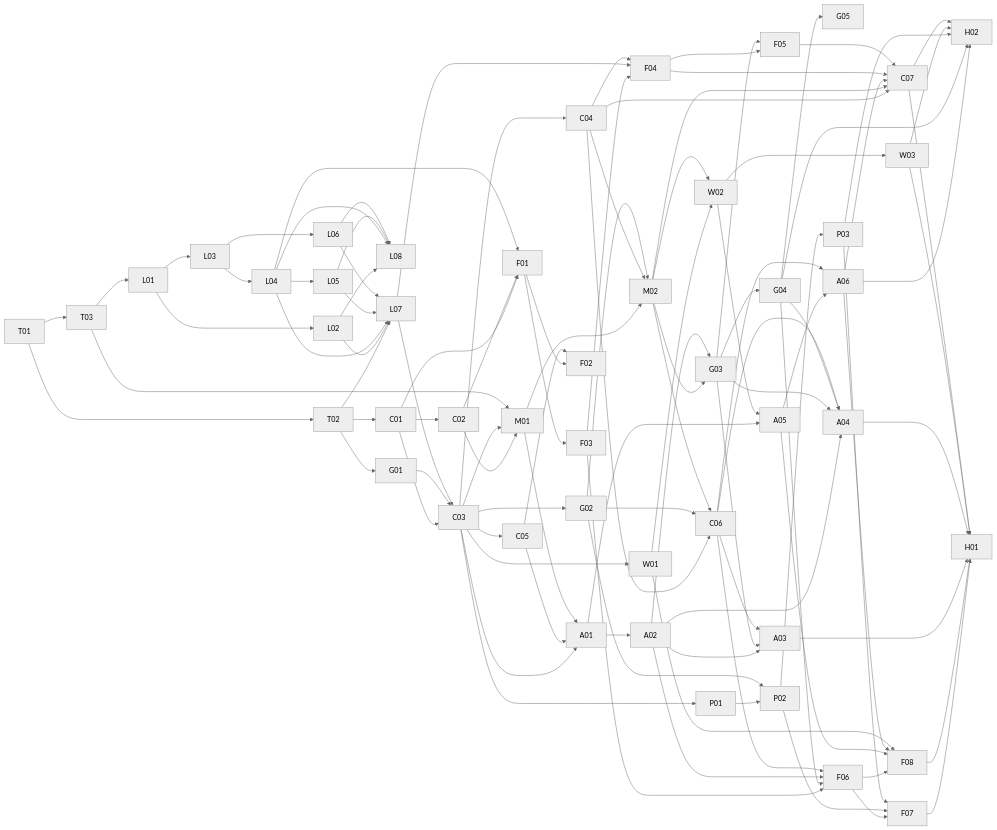
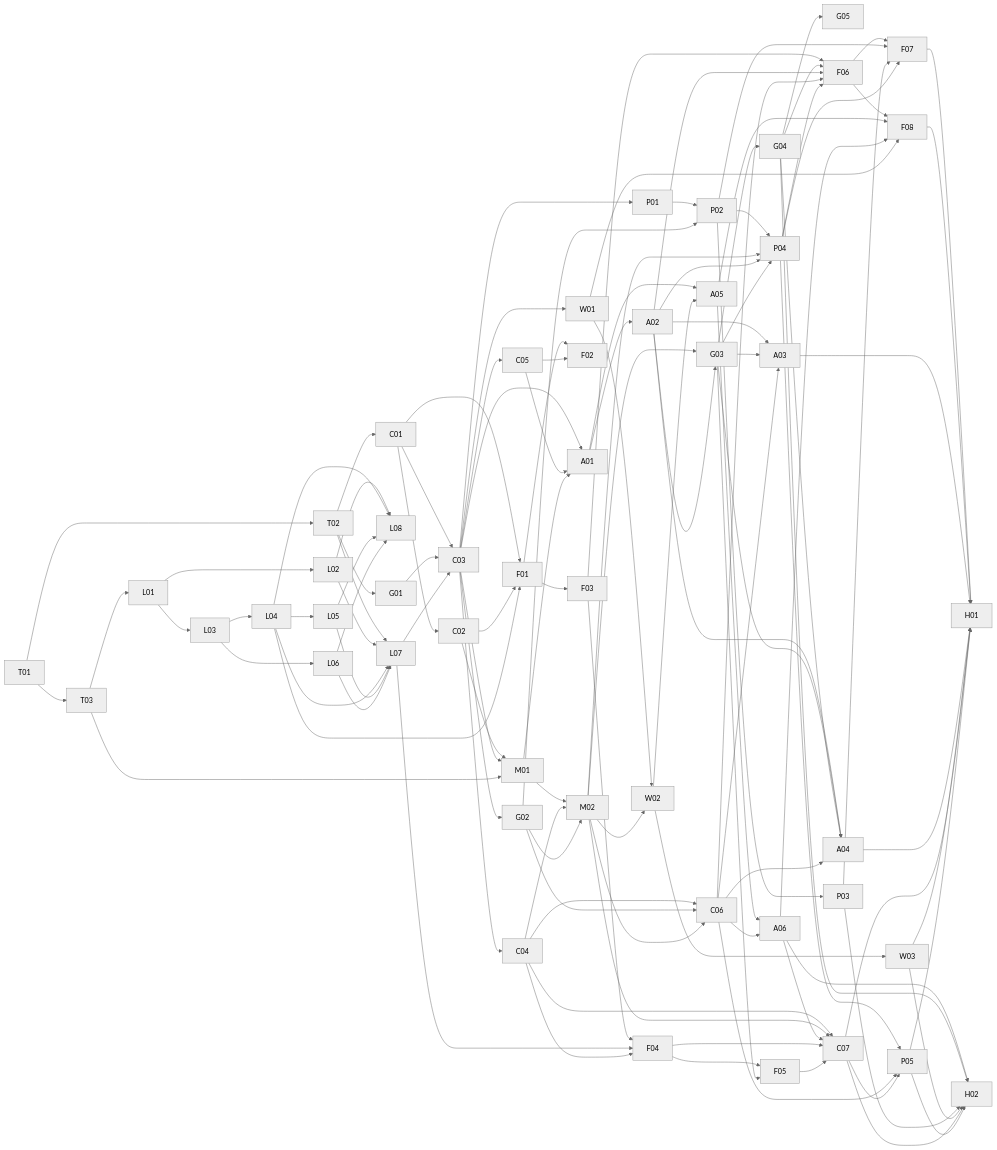
Before and after one commit to hankhan425/open-maru: the diagram in docs/mvp/tasks/TASKS.md, drawn with Mermaid (neutral theme). The commit also changed other lines of this file and 30 other files, not shown here.

````diff
--- a/docs/mvp/tasks/TASKS.md
+++ b/docs/mvp/tasks/TASKS.md
@@ -84,39 +86,41 @@
 ```mermaid
 graph LR
   T01-->T02 & T03
   T03-->L01
   L01-->L02 & L03
   L03-->L04 & L06
   L04-->L05
   T02-->L07
   L02 & L04 & L05 & L06-->L07
   L02 & L04 & L05 & L06-->L08
   T02-->C01 & G01
   C01-->C02
   C01 & G01 & L07-->C03
   C03-->C04 & C05 & G02 & P01 & W01
   C02 & C03 & T03-->M01
   M01 & C04 & G02-->M02
   C04 & G02 & M02-->C06
   C03 & C05 & M01-->A01
   A01-->A02
   M02 & A02-->G03
   G03-->G04-->G05
   P01 & G02-->P02-->P03
+  P02 & M02 & A02 & G03-->P04
+  P04 & C06 & C07-->P05
   W01 & M02-->W02-->W03
   A02 & G03 & C06-->A03
   A02 & G03 & G04 & C06-->A04
   A01 & W02-->A05
   A05 & C06-->A06
   C04 & M02 & A06 & F04 & F05-->C07
   C01 & C02 & L04-->F01
   F01 & C05-->F02
   F01-->F03
   F03 & L07 & C04-->F04
   F04 & G03-->F05
-  F03 & G04 & A02 & C06-->F06
-  F06 & P02 & P03-->F07
+  F03 & G04 & A02 & C06 & P04-->F06
+  F06 & P02 & P03 & P04-->F07
   F06 & A05 & A06 & W01-->F08
-  F07 & F08 & A03 & A04 & W03 & C07-->H01
-  A06 & G04 & P03 & W03 & C07-->H02
+  F07 & F08 & A03 & A04 & W03 & C07 & P05-->H01
+  A06 & G04 & P03 & W03 & C07 & P05-->H02
 ```
````
